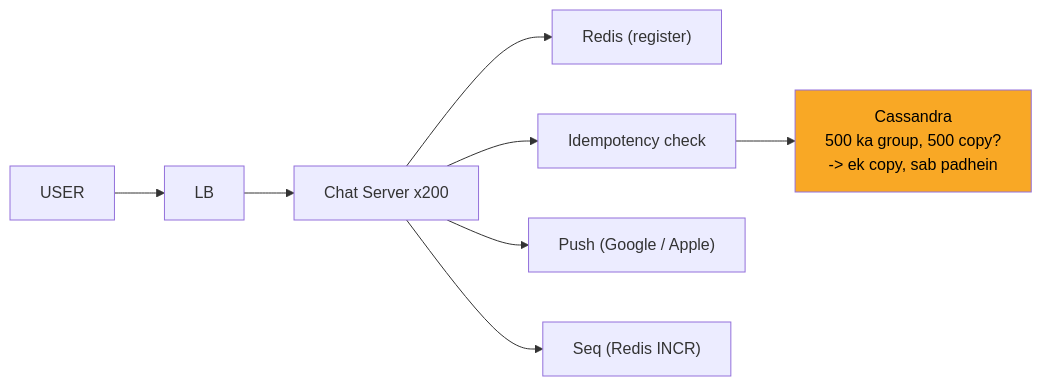
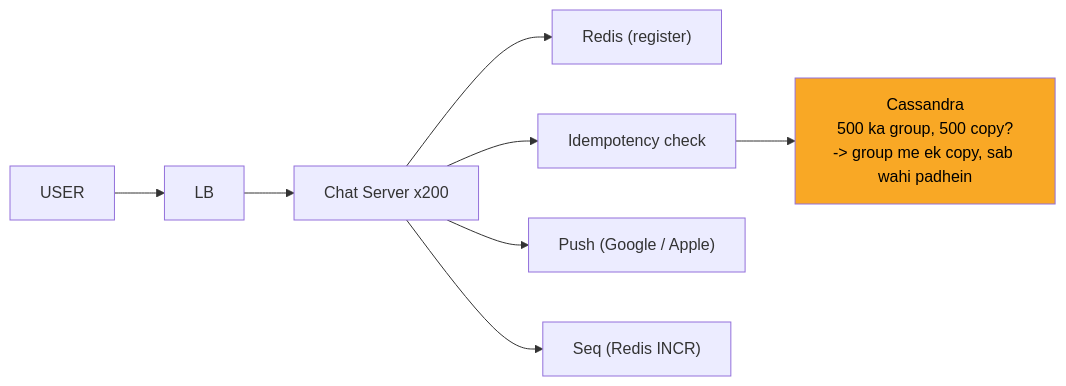
The eighth of 12 diagrams in 04_HLD/SYSTEM_DESIGNS/14_chat_messaging/14_chat_messaging.md (ArpanMaheshwari144/Prep), drawn with Mermaid before and after one commit. The commit also changed other lines of this file and 13 other files, not shown here.

````diff
--- a/04_HLD/SYSTEM_DESIGNS/14_chat_messaging/14_chat_messaging.md
+++ b/04_HLD/SYSTEM_DESIGNS/14_chat_messaging/14_chat_messaging.md
@@ -311,19 +311,19 @@
 ```mermaid
 flowchart LR
     n_U["USER"]
     n_LB["LB"]
     n_CS["Chat Server x200"]
     n_R["Redis (register)"]
     n_I["Idempotency check"]
-    n_CA["Cassandra<br/>500 ka group, 500 copy?<br/>-> ek copy, sab padhein"]
+    n_CA["Cassandra<br/>500 ka group, 500 copy?<br/>-> group me ek copy, sab wahi padhein"]
     n_P["Push (Google / Apple)"]
     n_SQ["Seq (Redis INCR)"]
     n_U --> n_LB
     n_LB --> n_CS
     n_CS --> n_R
     n_CS --> n_I
     n_I --> n_CA
     n_CS --> n_P
     n_CS --> n_SQ
     style n_CA fill:#f9a825,color:#000
 ```
````
